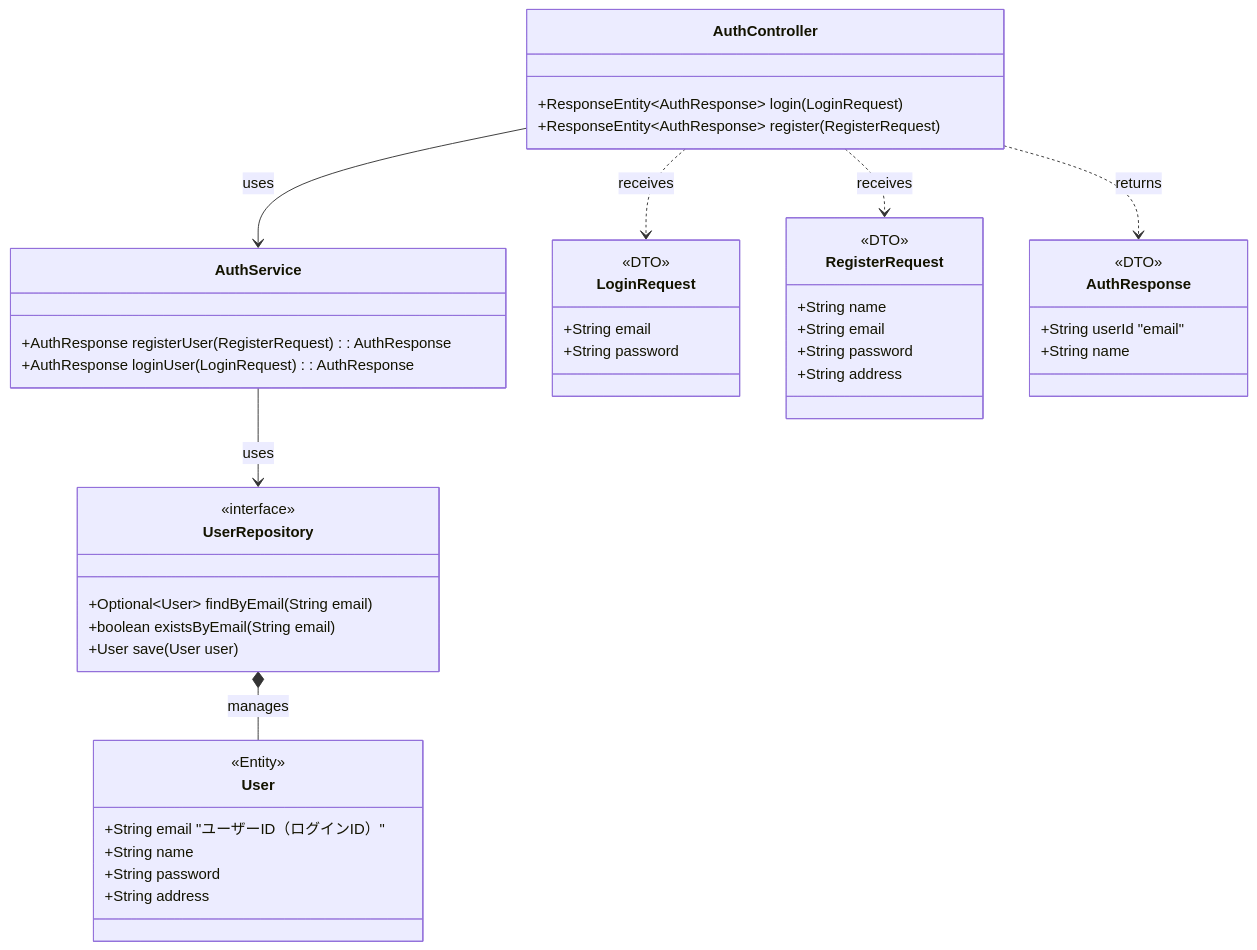
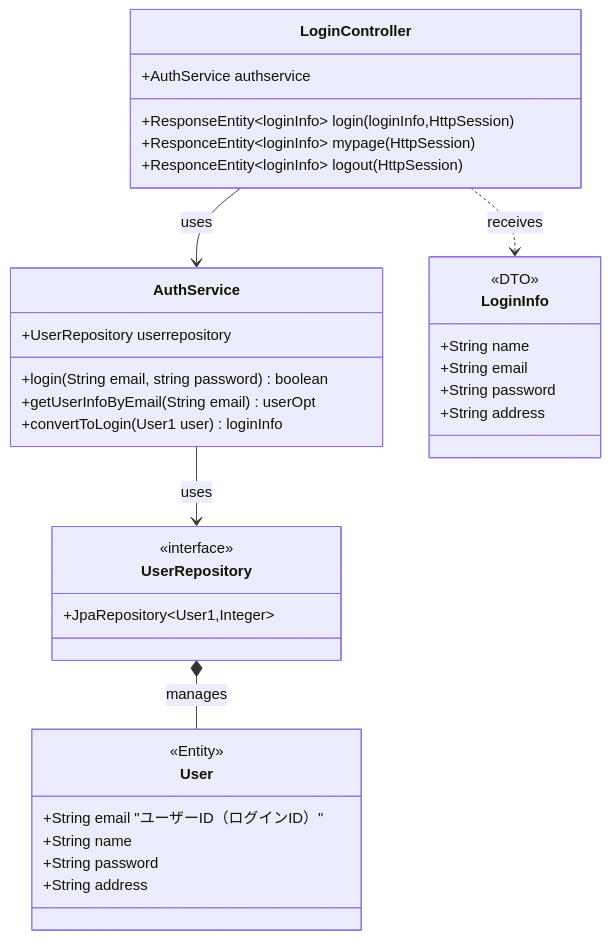
Diagram 13 of 13 in 詳細設計/詳細設計.md (Hinako-Kimura127/neko), drawn with Mermaid before and after one commit. The commit also changed other lines of this file, not shown here.

````diff
--- a/詳細設計/詳細設計.md
+++ b/詳細設計/詳細設計.md
@@ -858,54 +866,44 @@
-<div class="mermaid">
+```mermaid
 classDiagram
-    class AuthController {
-        +ResponseEntity~AuthResponse~ login(LoginRequest)
-        +ResponseEntity~AuthResponse~ register(RegisterRequest)
+    class LoginController {
+      +AuthService authservice
+        +ResponseEntity~loginInfo~ login(loginInfo,HttpSession)
+        +ResponceEntity~loginInfo~ mypage(HttpSession)
+        +ResponceEntity~loginInfo~ logout(HttpSession)
     }
 
     class AuthService {
-        +AuthResponse registerUser(RegisterRequest): AuthResponse
-        +AuthResponse loginUser(LoginRequest): AuthResponse
+      +UserRepository userrepository
+        +login(String email, string password) boolean
+        +getUserInfoByEmail(String email) userOpt
+        +convertToLogin(User1 user) loginInfo
     }
 
     class UserRepository {
         <<interface>>
-        +Optional~User~ findByEmail(String email)
-        +boolean existsByEmail(String email)
-        +User save(User user)
+      +JpaRepository~User1,Integer~
     }
 
     class User {
         <<Entity>>
         +String email "ユーザーID（ログインID）"
         +String name
         +String password
         +String address
     }
 
-    class LoginRequest {
-        <<DTO>>
-        +String email
-        +String password
-    }
 
-    class RegisterRequest {
+    class LoginInfo_1["LoginInfo"] {
         <<DTO>>
         +String name
         +String email
         +String password
         +String address
     }
 
-    class AuthResponse {
-        <<DTO>>
-        +String userId "email"
-        +String name
-    }
 
-    AuthController --> AuthService : uses
+    LoginController --> AuthService : uses
     AuthService --> UserRepository : uses
     UserRepository *-- User : manages
-    AuthController ..> LoginRequest : receives
-    AuthController ..> RegisterRequest : receives
-    AuthController ..> AuthResponse : returns
-</div>
+    LoginController ..> LoginInfo_1 : receives
+```
````
